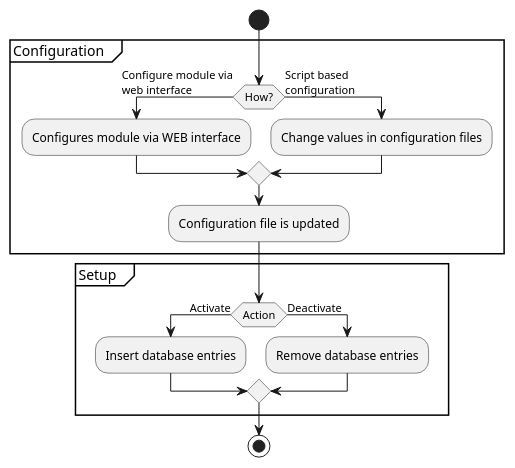
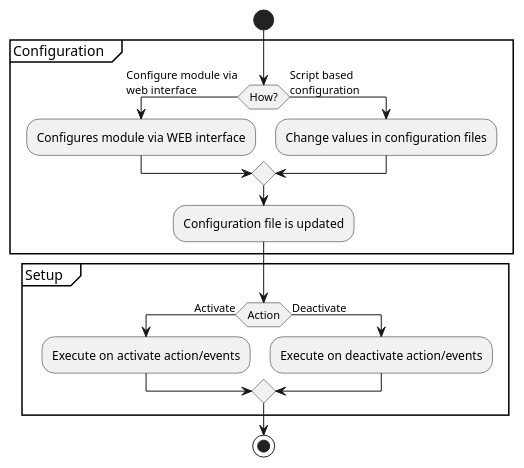
Before and after one commit to OXID-eSales/developer_documentation: the diagram in development/modules_components_themes/project/module_configuration/modules_configuration.rst, drawn with PlantUML. The commit also changed other lines of this file and 4 other files, not shown here.

```diff
--- a/development/modules_components_themes/project/module_configuration/modules_configuration.rst
+++ b/development/modules_components_themes/project/module_configuration/modules_configuration.rst
@@ -19,21 +19,21 @@
 .. uml::
 
     @startuml
         start
         partition "Configuration   " {
             if (How?) then (Configure module via\nweb interface)
               :Configures module via WEB interface;
             else (Script based\nconfiguration)
               :Change values in configuration files;
             endif
             :Configuration file is updated;
         }
         partition "Setup   " {
             if (Action) then (Activate)
-                :Insert database entries;
+                :Execute on activate action/events;
             else (Deactivate)
-                :Remove database entries;
+                :Execute on deactivate action/events;
             endif
         }
         stop
     @enduml
```
